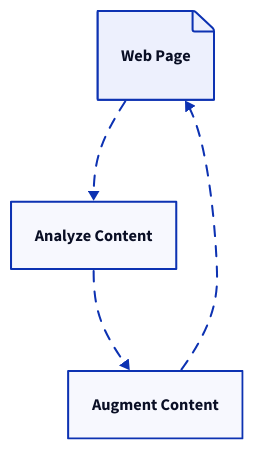
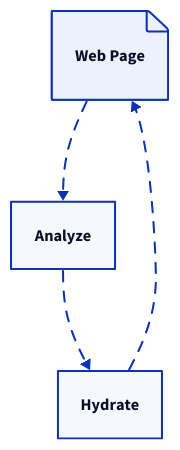
The diagram in HERO.d2 (mentionlink/frontend), drawn with D2 before and after one commit. The commit also changed 1 other file, not shown here.

```diff
--- a/HERO.d2
+++ b/HERO.d2
@@ -1,13 +1,13 @@
 # Copyright 2025 Mention Ads. All rights reserved.
 # Use of this source code is governed by the PolyForm Shield 1.0.0 license
 # that can be found in the LICENSE.md file at the root of this repository.
 
 # d2 --sketch HERO.d2 packages/pages/src/assets/hero.svg
 
-Web Page -> Analyze Content: {style.animated: true}
+Web Page -> Analyze: {style.animated: true}
 
-Analyze Content -> Augment Content: {style.animated: true}
+Analyze -> Hydrate: {style.animated: true}
 
-Augment Content -> Web Page: {style.animated: true}
+Hydrate -> Web Page: {style.animated: true}
 
 Web Page.shape: page
```
